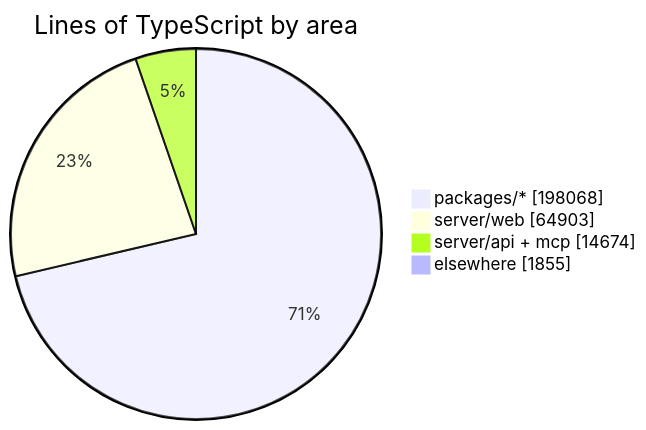
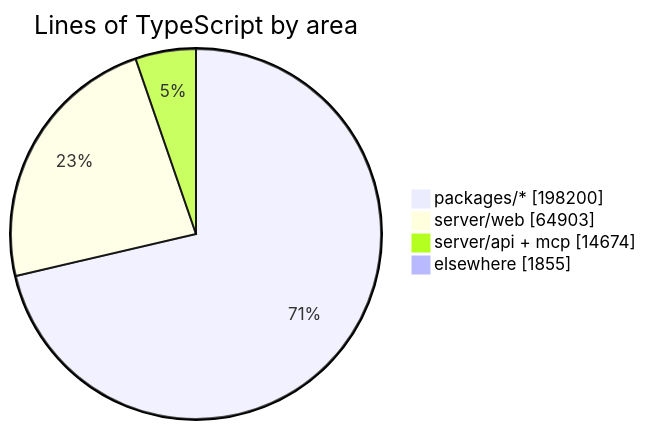
Before and after one commit to crossworks-engineering/mantle: the diagram in README.md, drawn with Mermaid. The commit also changed other lines of this file and 2 other files, not shown here.

````diff
--- a/README.md
+++ b/README.md
@@ -287,7 +287,7 @@
 ```mermaid
 pie showData title Lines of TypeScript by area
-    "packages/*" : 198068
+    "packages/*" : 198200
     "server/web" : 64903
     "server/api + mcp" : 14674
     "elsewhere" : 1855
 ```
````
